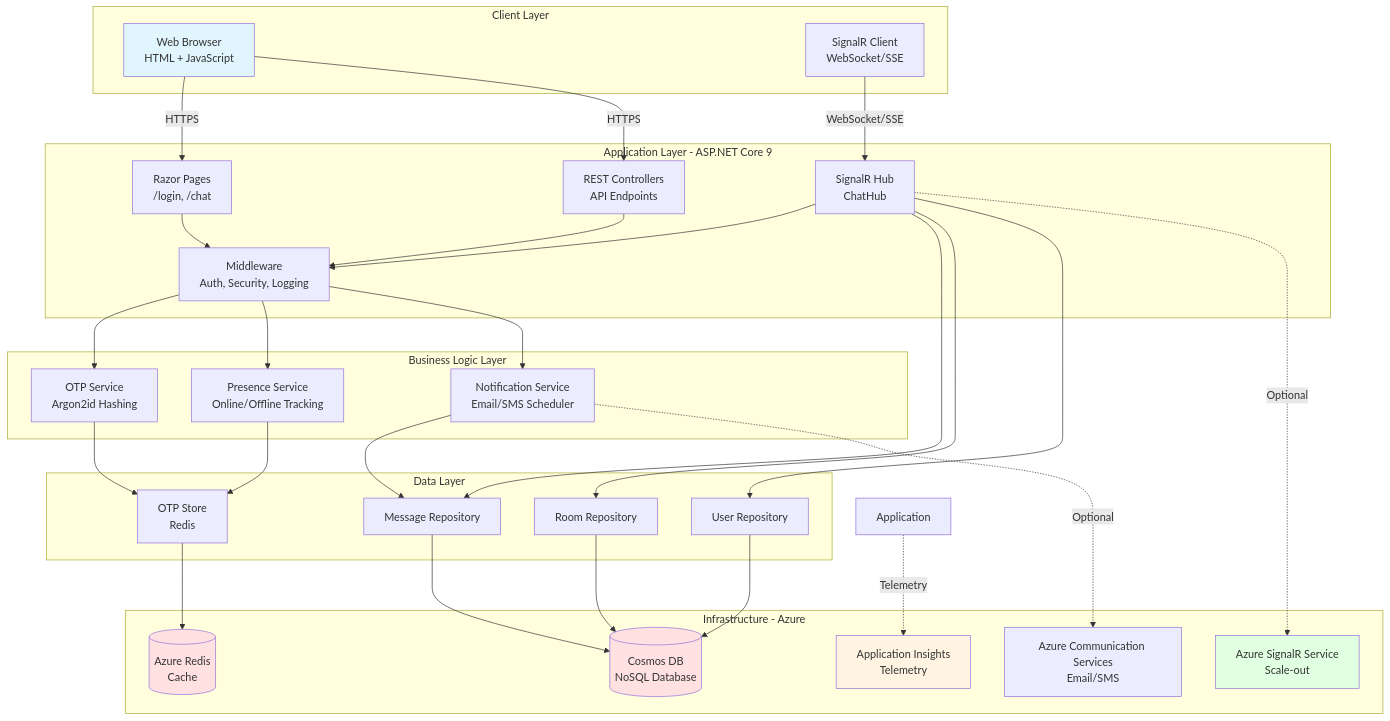
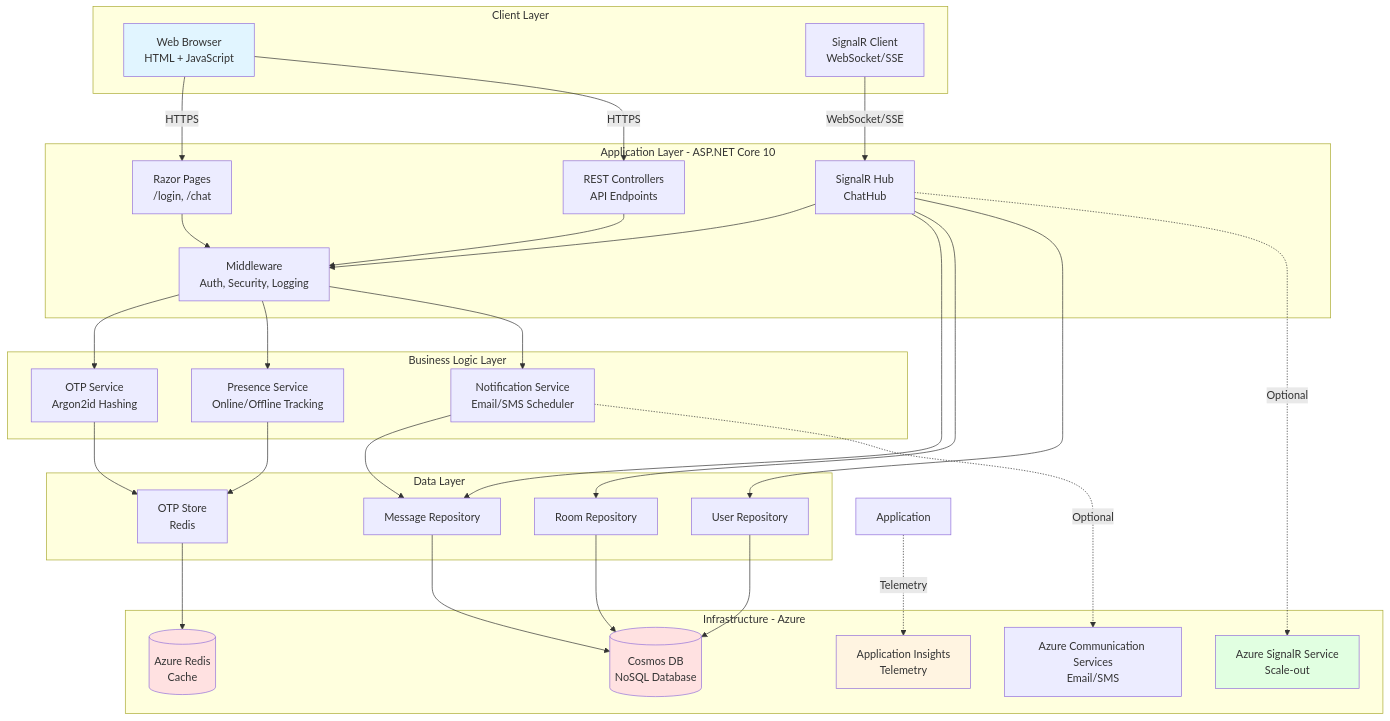
The first of 6 diagrams in docs/architecture/overview.md (smereczynski/SignalR-Chat), drawn with Mermaid before and after one commit. The commit also changed other lines of this file and 19 other files, not shown here.

````diff
--- a/docs/architecture/overview.md
+++ b/docs/architecture/overview.md
@@ -9,69 +9,69 @@
 ```mermaid
 graph TB
     subgraph "Client Layer"
         Browser[Web Browser<br/>HTML + JavaScript]
         SignalRClient[SignalR Client<br/>WebSocket/SSE]
     end
     
-    subgraph "Application Layer - ASP.NET Core 9"
+    subgraph "Application Layer - ASP.NET Core 10"
         RazorPages[Razor Pages<br/>/login, /chat]
         Controllers[REST Controllers<br/>API Endpoints]
         SignalRHub[SignalR Hub<br/>ChatHub]
         Middleware[Middleware<br/>Auth, Security, Logging]
         
         RazorPages --> Middleware
         Controllers --> Middleware
         SignalRHub --> Middleware
     end
     
     subgraph "Business Logic Layer"
         AuthService[OTP Service<br/>Argon2id Hashing]
         PresenceService[Presence Service<br/>Online/Offline Tracking]
         NotificationService[Notification Service<br/>Email/SMS Scheduler]
         
         Middleware --> AuthService
         Middleware --> PresenceService
         Middleware --> NotificationService
     end
     
     subgraph "Data Layer"
         MsgRepo[Message Repository]
         RoomRepo[Room Repository]
         UserRepo[User Repository]
         OtpStore[OTP Store<br/>Redis]
         
         AuthService --> OtpStore
         PresenceService --> OtpStore
         NotificationService --> MsgRepo
         SignalRHub --> MsgRepo
         SignalRHub --> RoomRepo
         SignalRHub --> UserRepo
     end
     
     subgraph "Infrastructure - Azure"
         CosmosDB[(Cosmos DB<br/>NoSQL Database)]
         Redis[(Azure Redis<br/>Cache)]
         SignalRService[Azure SignalR Service<br/>Scale-out]
         ACS[Azure Communication Services<br/>Email/SMS]
         AppInsights[Application Insights<br/>Telemetry]
     end
     
     Browser -->|HTTPS| RazorPages
     Browser -->|HTTPS| Controllers
     SignalRClient -->|WebSocket/SSE| SignalRHub
     
     MsgRepo --> CosmosDB
     RoomRepo --> CosmosDB
     UserRepo --> CosmosDB
     OtpStore --> Redis
     
     SignalRHub -.->|Optional| SignalRService
     NotificationService -.->|Optional| ACS
     Application -.->|Telemetry| AppInsights
     
     style Browser fill:#e1f5ff
     style CosmosDB fill:#ffe1e1
     style Redis fill:#ffe1e1
     style SignalRService fill:#e1ffe1
     style AppInsights fill:#fff4e1
 ```
````
